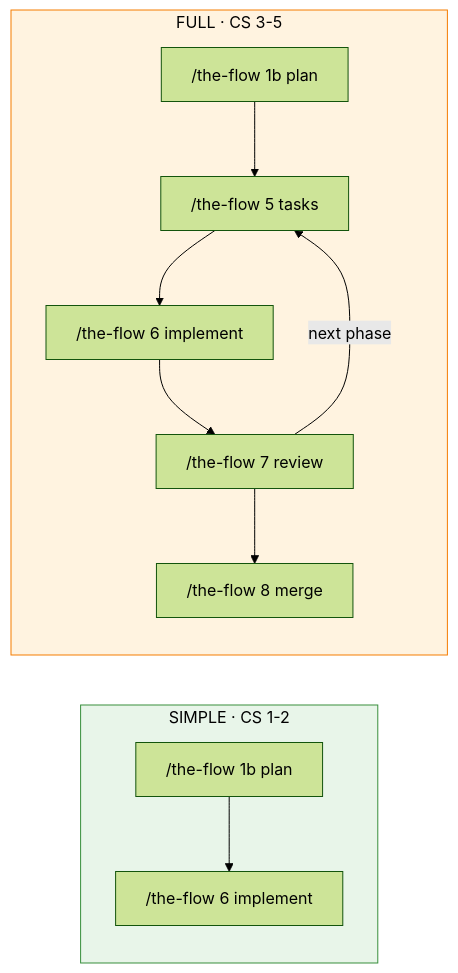
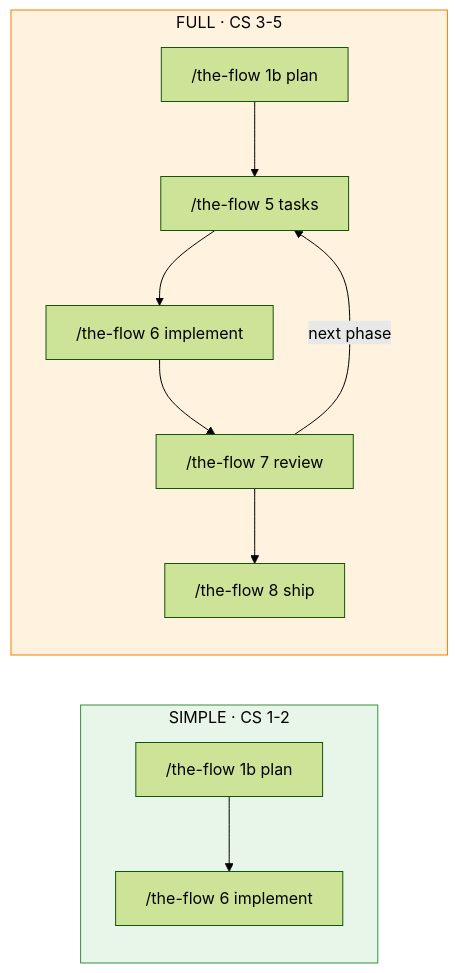
The second of 2 diagrams in skills/SDD/the-flow/references/getting-started.md (jakkaj/tools), drawn with Mermaid (forest theme) before and after one commit. The commit also changed other lines of this file and 17 other files, not shown here.

````diff
--- a/skills/SDD/the-flow/references/getting-started.md
+++ b/skills/SDD/the-flow/references/getting-started.md
@@ -122,20 +123,20 @@
 ```mermaid
 flowchart LR
     classDef s fill:#e8f5e9,stroke:#388e3c,color:#000
     classDef f fill:#fff3e0,stroke:#f57c00,color:#000
 
     subgraph simple["SIMPLE · CS 1-2"]
         direction TB
         S1["/the-flow 1b plan"] --> S3["/the-flow 6 implement"]
     end
 
     subgraph full["FULL · CS 3-5"]
         direction TB
         F1["/the-flow 1b plan"] --> F3["/the-flow 5 tasks"] --> F4["/the-flow 6 implement"] --> F5["/the-flow 7 review"]
         F5 -->|next phase| F3
-        F5 --> F6["/the-flow 8 merge"]
+        F5 --> F6["/the-flow 8 ship"]
     end
 
     class simple s
     class full f
 ```
````
